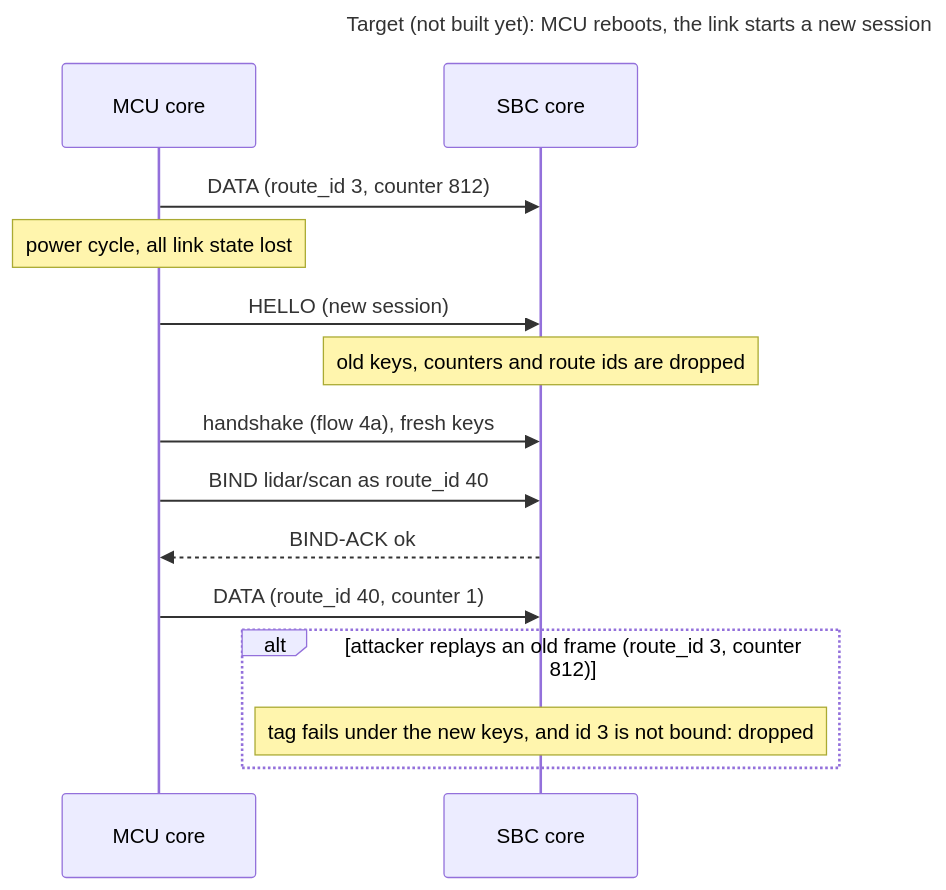
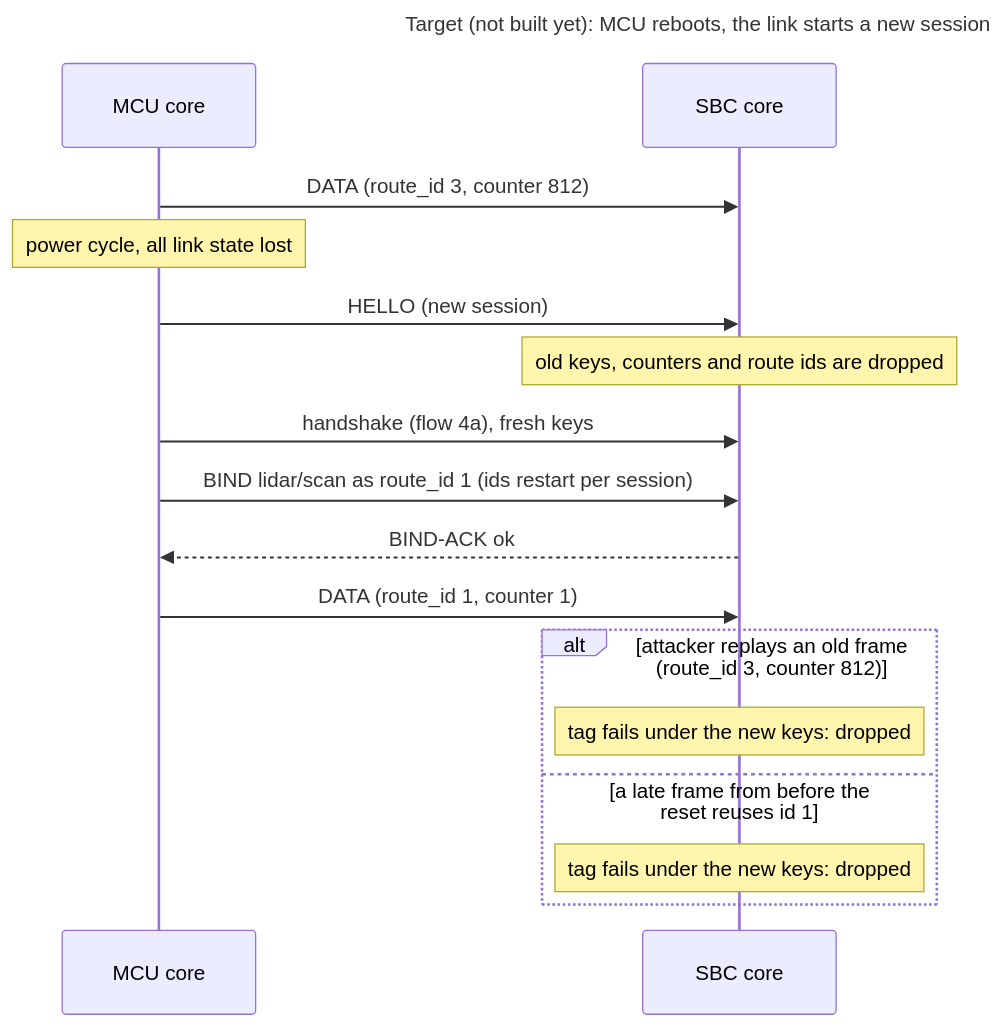
One commit to itohio/dndm changed the sixth of 7 diagrams in docs/diagrams/link-flows.md. Above: the diagram before and after it, drawn with Mermaid. The commit also changed other lines of this file and 6 other files, not shown here.

````diff
--- a/docs/diagrams/link-flows.md
+++ b/docs/diagrams/link-flows.md
@@ -161,17 +161,19 @@
 ```mermaid
 sequenceDiagram
     title Target (not built yet): MCU reboots, the link starts a new session
     participant M as MCU core
     participant S as SBC core
     M->>S: DATA (route_id 3, counter 812)
     Note over M: power cycle, all link state lost
     M->>S: HELLO (new session)
     Note over S: old keys, counters and route ids are dropped
     M->>S: handshake (flow 4a), fresh keys
-    M->>S: BIND lidar/scan as route_id 40
+    M->>S: BIND lidar/scan as route_id 1 (ids restart per session)
     S-->>M: BIND-ACK ok
-    M->>S: DATA (route_id 40, counter 1)
+    M->>S: DATA (route_id 1, counter 1)
     alt attacker replays an old frame (route_id 3, counter 812)
-        Note over S: tag fails under the new keys, and id 3 is not bound: dropped
+        Note over S: tag fails under the new keys: dropped
+    else a late frame from before the reset reuses id 1
+        Note over S: tag fails under the new keys: dropped
     end
 ```
````
